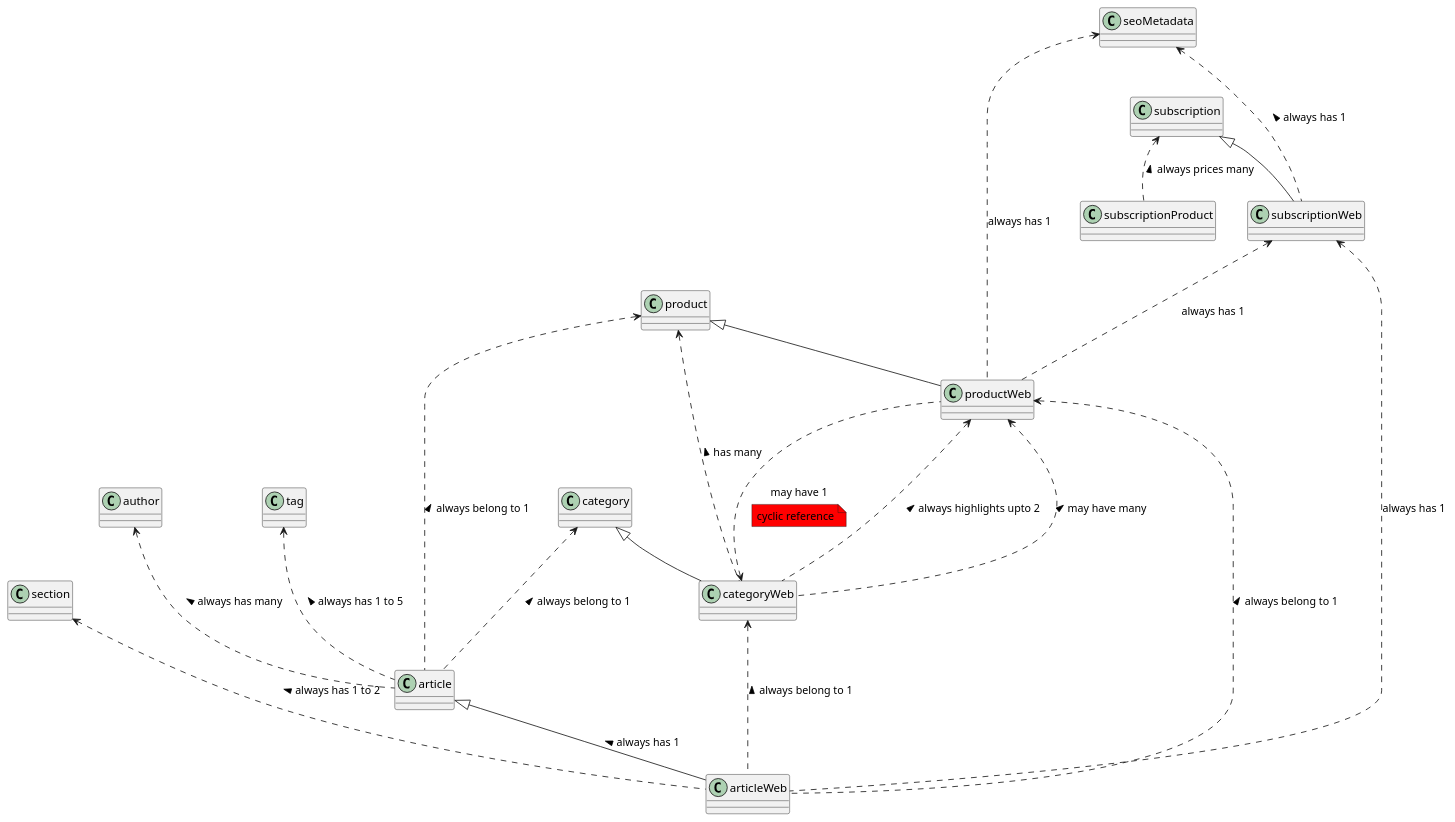
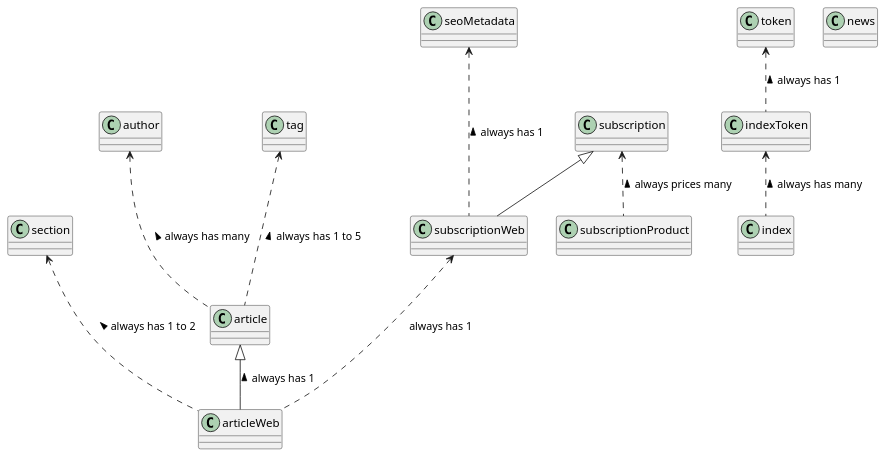
One commit to k33hq/k33-platform changed the diagram in libs/clients/contentful-client/src/main/httpx/research/content-model.plantuml. Above: the diagram before and after it, drawn with PlantUML. The commit also changed 39 other files, not shown here.

Commit message:
feat(cms): enum based cms config. Added Contenful prefix to env variables. Sync article on articleWeb events.

```diff
--- a/libs/clients/contentful-client/src/main/httpx/research/content-model.plantuml
+++ b/libs/clients/contentful-client/src/main/httpx/research/content-model.plantuml
@@ -1,61 +1,44 @@
 @startuml
 
 class section
 
 class article
 
-' class articleMobile
-' article <|-- articleMobile
-
 author <... article : always has many <
-product <... article : always belong to 1 <
 tag <... article : always has 1 to 5 <
-category <... article : always belong to 1 <
 
 class articleWeb
 article <|-- articleWeb : always has 1 <
 
 section <... articleWeb : always has 1 to 2 <
 
-productWeb <... articleWeb : always belong to 1 <
-categoryWeb <... articleWeb : always belong to 1 <
-
 subscriptionWeb <... articleWeb : always has 1
 
 class author
-
-class category
-
-class categoryWeb
-
-category <|-- categoryWeb
-product <... categoryWeb : has many <
-productWeb <... categoryWeb : always highlights upto 2 <
-productWeb <... categoryWeb : may have many <
-
-class product
-
-class productWeb
-
-product <|-- productWeb
-categoryWeb <... productWeb : may have 1
-note on link #red: cyclic reference
-subscriptionWeb <... productWeb : always has 1
-seoMetadata <... productWeb : always has 1
 
 class seoMetadata
 
 class subscription
 
 class subscriptionProduct
 
 subscription <.. subscriptionProduct : always prices many <
 
 class subscriptionWeb
 
 subscription <|-- subscriptionWeb
 seoMetadata <... subscriptionWeb : always has 1 <
 
 class tag
 
+class token
+
+class indexToken
+token <.. indexToken : always has 1 <
+
+class index
+indexToken <.. index : always has many <
+
+class news
+
 @enduml
```
